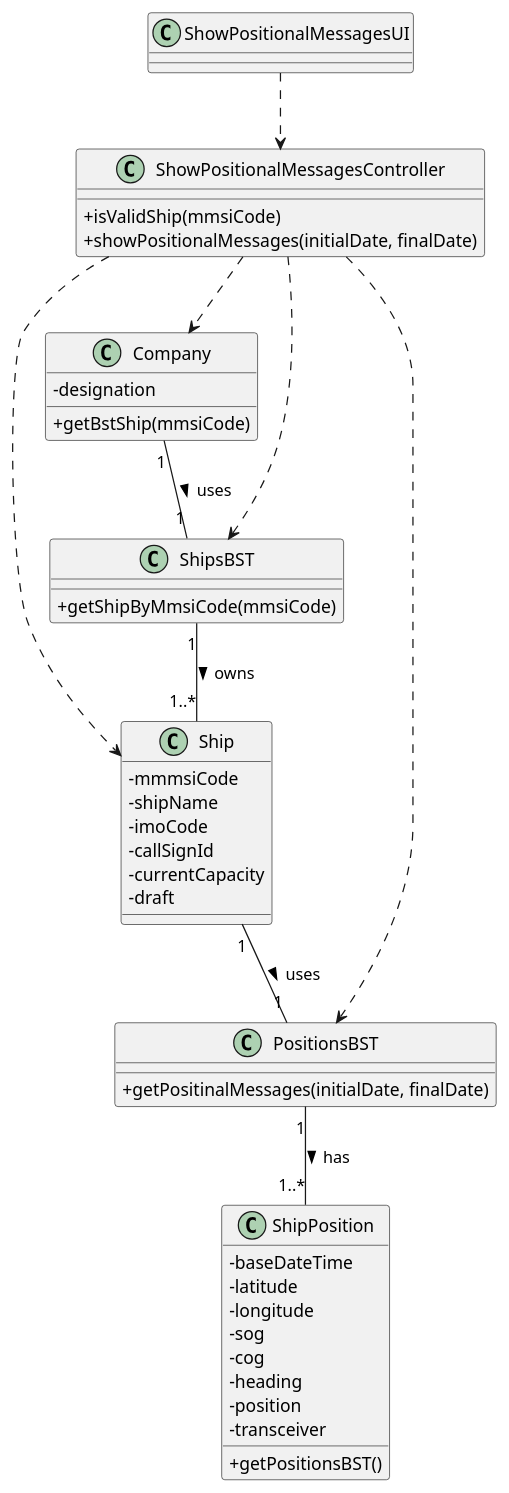
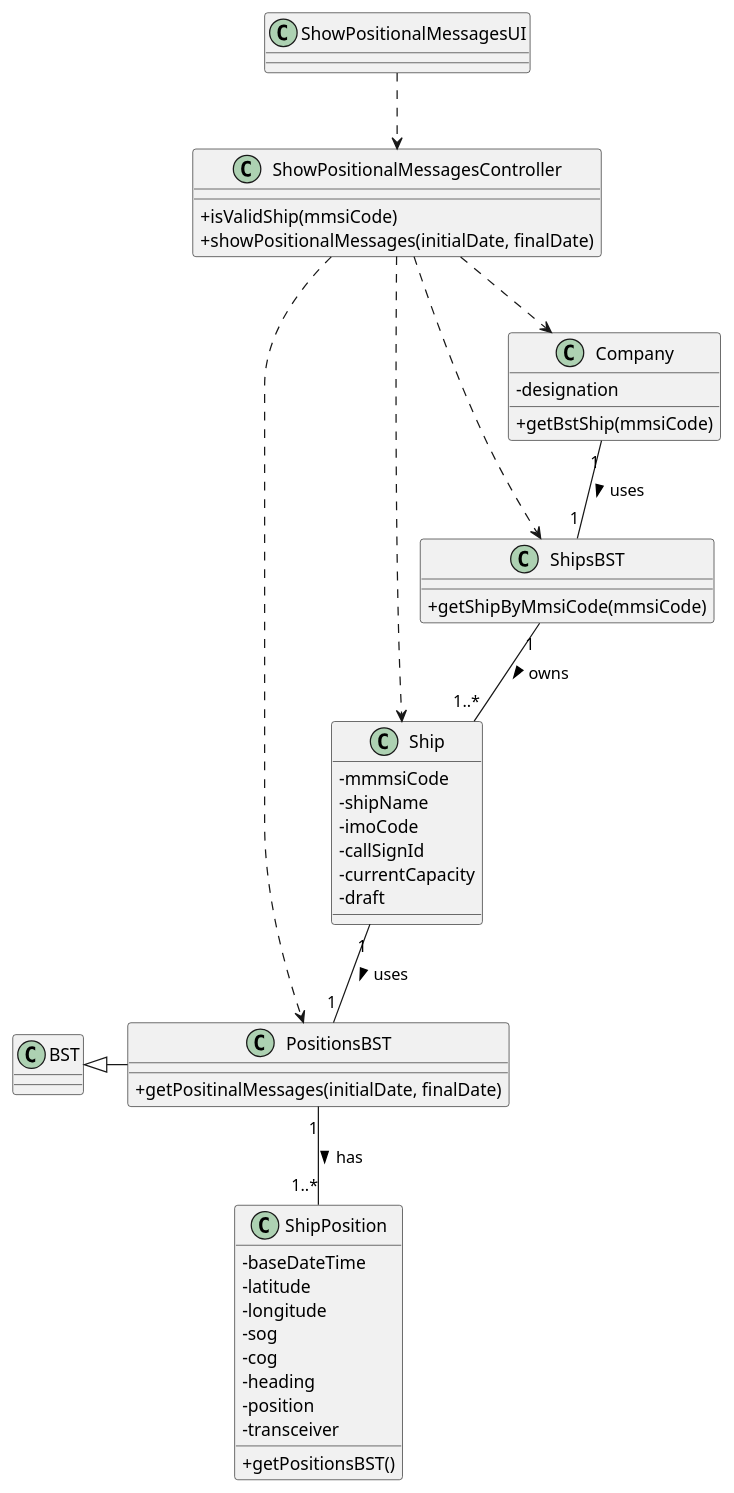
The diagram in docs/US103/US103_CD.puml (ana-albergaria/LAPR3-ISEP), drawn with PlantUML before and after one commit. The commit also changed 12 other files, not shown here.

Commit message:
G54-3 G54-7 G54-41 G54-31 #comment Reviewing and correcting Diagrams

```diff
--- a/docs/US103/US103_CD.puml
+++ b/docs/US103/US103_CD.puml
@@ -1,63 +1,63 @@
 @startuml
 
 skinparam classAttributeIconSize 0
 
 
 class Ship {
     -mmmsiCode
     -shipName
     -imoCode
     -callSignId
     -currentCapacity /'added by us'/
     -draft
 }
 
 class ShipPosition {
     -baseDateTime
     -latitude
     -longitude
     -sog
     -cog
     -heading
     -position
     -transceiver
     +getPositionsBST()
 }
 
 class ShipsBST {
     +getShipByMmsiCode(mmsiCode)
 }
 
 class PositionsBST {
     +getPositinalMessages(initialDate, finalDate)
 }
 
 class ShowPositionalMessagesUI {}
 
 class ShowPositionalMessagesController {
     +isValidShip(mmsiCode)
     +showPositionalMessages(initialDate, finalDate)
 }
 
 class Company {
     -designation
     +getBstShip(mmsiCode)
 }
 
 /'Ship "1" -- "1..*" ShipPosition : has >'/
 /'Company "1" -- "1..*" Ship : owns >'/
 
 Company "1" -- "1" ShipsBST : uses >
 ShipsBST "1" -- "1..*" Ship : owns >
 Ship "1" -- "1" PositionsBST : uses >
 PositionsBST "1" -- "1..*" ShipPosition : has >
 ShowPositionalMessagesUI ..> ShowPositionalMessagesController
 ShowPositionalMessagesController ..> Company
 ShowPositionalMessagesController ..> ShipsBST
 ShowPositionalMessagesController ..> Ship
 ShowPositionalMessagesController ..> PositionsBST
 
-/'BST <|- PositionsBST'/
+BST <|- PositionsBST
 
 
 @enduml
```
